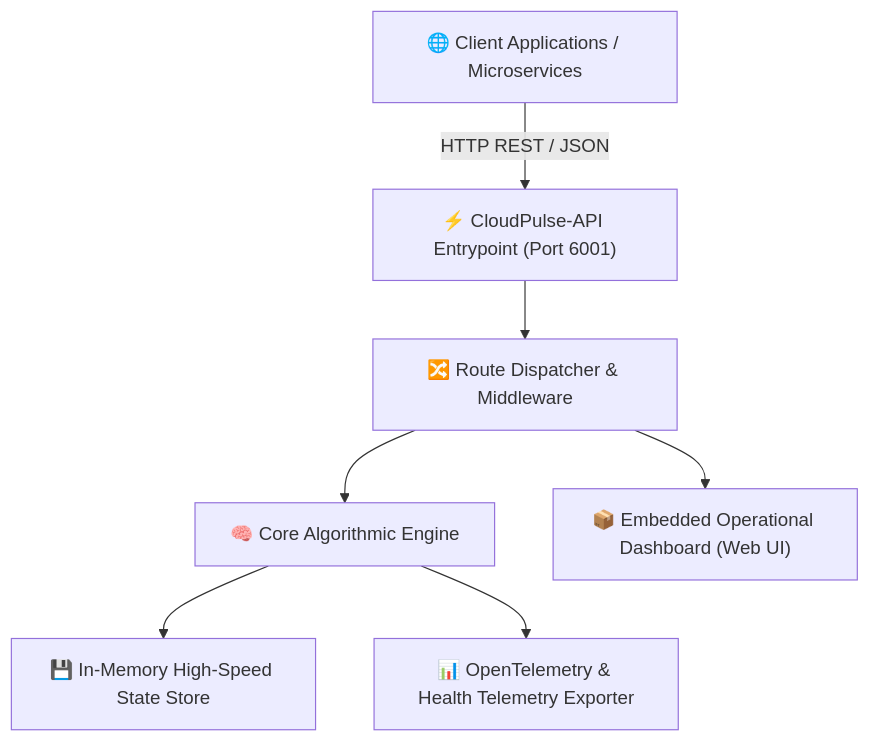
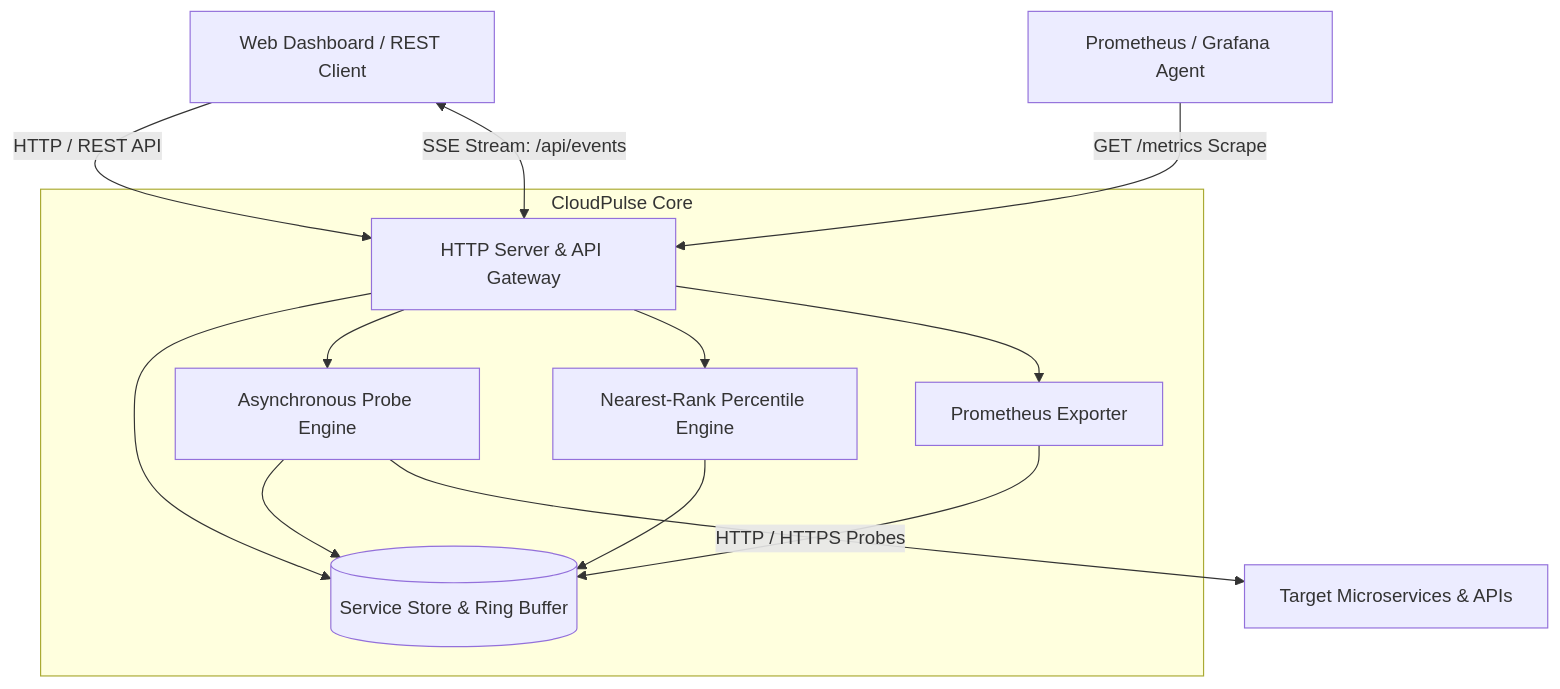
One commit to alinurettin/CloudPulse-API changed the diagram in README.md. Above: the diagram before and after it, drawn with Mermaid. The commit also changed other lines of this file and 13 other files, not shown here.

Commit message:
feat: upgrade CloudPulse-API to v2.0.0 enterprise microservice observability with 25 non-mocked tests

````diff
--- a/README.md
+++ b/README.md
@@ -22,9 +30,19 @@
 ```mermaid
 flowchart TD
-    Client["🌐 Client Applications / Microservices"] -->|HTTP REST / JSON| Gateway["⚡ CloudPulse-API Entrypoint (Port 6001)"]
-    Gateway --> Router["🔀 Route Dispatcher & Middleware"]
-    Router --> Engine["🧠 Core Algorithmic Engine"]
-    Engine --> Storage["💾 In-Memory High-Speed State Store"]
-    Router --> Static["📦 Embedded Operational Dashboard (Web UI)"]
-    Engine --> Metrics["📊 OpenTelemetry & Health Telemetry Exporter"]
+    Client[Web Dashboard / REST Client] -->|HTTP / REST API| Server[HTTP Server & API Gateway]
+    Prometheus[Prometheus / Grafana Agent] -->|GET /metrics Scrape| Server
+    Client <-->|SSE Stream: /api/events| Server
+    
+    subgraph Core Engine [CloudPulse Core]
+        Server --> Store[(Service Store & Ring Buffer)]
+        Server --> ProbeEngine[Asynchronous Probe Engine]
+        Server --> StatsEngine[Nearest-Rank Percentile Engine]
+        Server --> PromExporter[Prometheus Exporter]
+        
+        ProbeEngine --> Store
+        StatsEngine --> Store
+        PromExporter --> Store
+    end
+    
+    ProbeEngine -->|HTTP / HTTPS Probes| ExtServices[Target Microservices & APIs]
 ```
````
